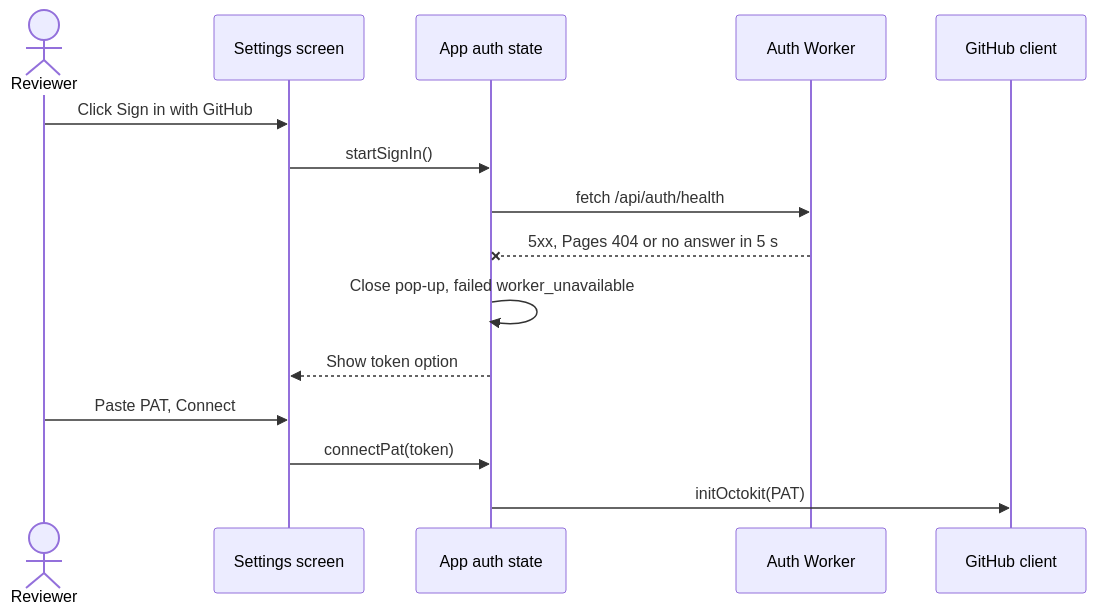
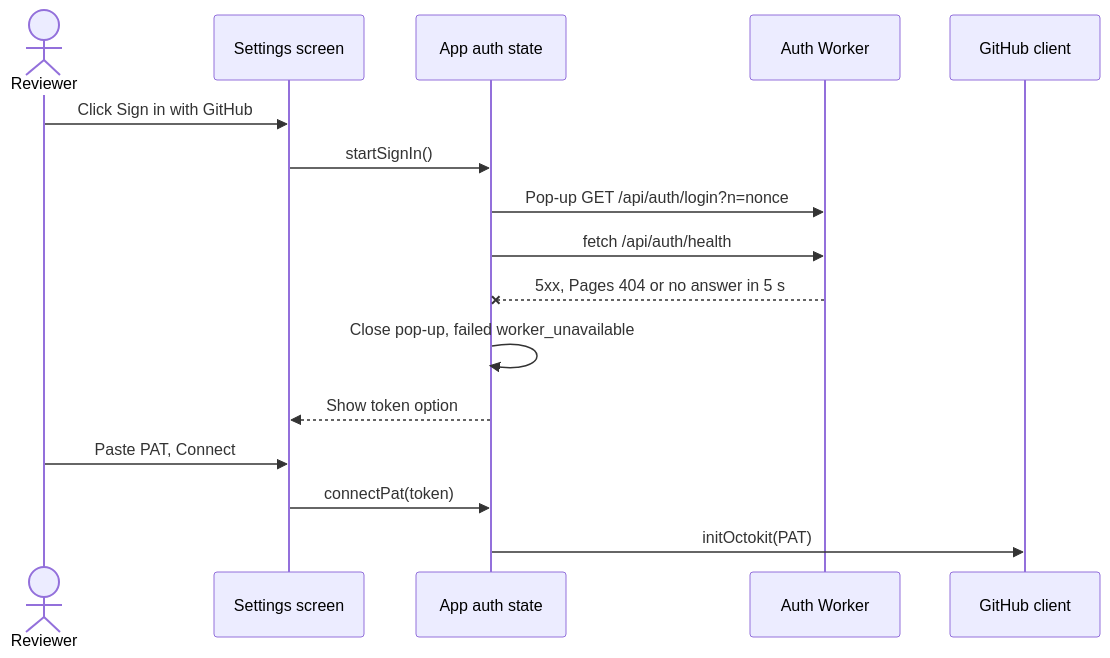
One commit to mardoc-app/mardoc-app.github.io changed the fourth of 4 diagrams in docs/design/github-sign-in/design.md. Above: the diagram before and after it, drawn with Mermaid. The commit also changed other lines of this file and 8 other files, not shown here.

````diff
--- a/docs/design/github-sign-in/design.md
+++ b/docs/design/github-sign-in/design.md
@@ -518,17 +594,18 @@
 ```mermaid
 sequenceDiagram
   actor R as Reviewer
   participant S as Settings screen
   participant A as App auth state
   participant W as Auth Worker
   participant C as GitHub client
   R->>S: Click Sign in with GitHub
   S->>A: startSignIn()
+  A->>W: Pop-up GET /api/auth/login?n=nonce
   A->>W: fetch /api/auth/health
   W--xA: 5xx, Pages 404 or no answer in 5 s
   A->>A: Close pop-up, failed worker_unavailable
   A-->>S: Show token option
   R->>S: Paste PAT, Connect
   S->>A: connectPat(token)
   A->>C: initOctokit(PAT)
 ```
````
